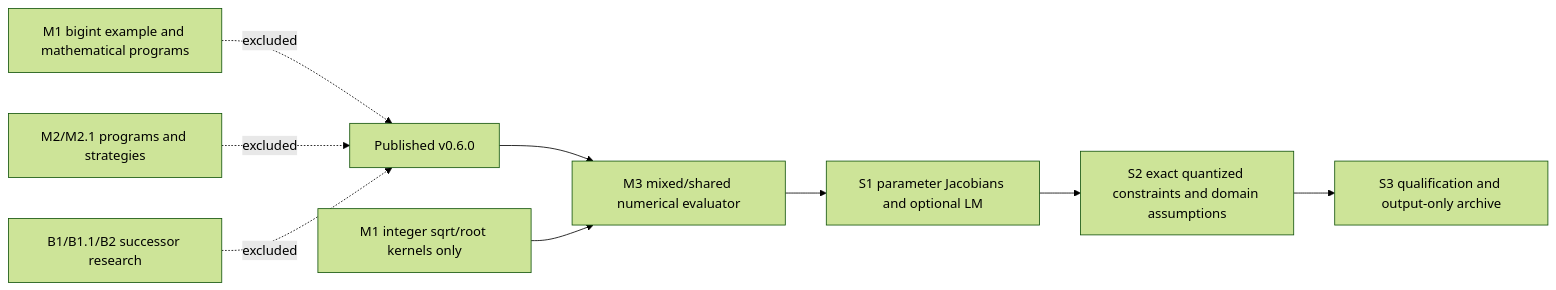
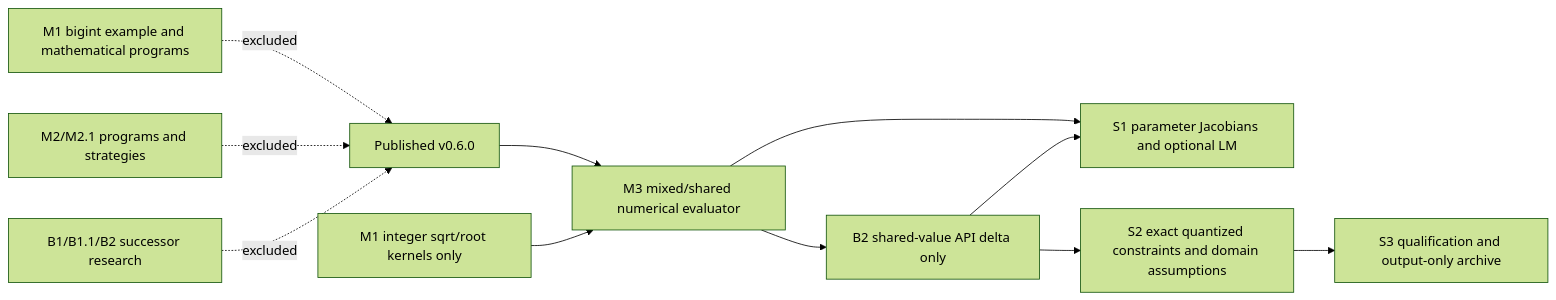
Before and after one commit to karlphillip/Genetik: the diagram in docs/S3_RELEASE_PREPARATION.md, drawn with Mermaid (forest theme). The commit also changed other lines of this file and 5 other files, not shown here.

````diff
--- a/docs/S3_RELEASE_PREPARATION.md
+++ b/docs/S3_RELEASE_PREPARATION.md
@@ -31,11 +33,13 @@
 ```mermaid
 flowchart LR
   P[Published v0.6.0] --> M3[M3 mixed/shared numerical evaluator]
   K[M1 integer sqrt/root kernels only] --> M3
+  M3 --> B2API[B2 shared-value API delta only]
   M3 --> S1[S1 parameter Jacobians and optional LM]
-  S1 --> S2[S2 exact quantized constraints and domain assumptions]
+  B2API --> S1
+  B2API --> S2[S2 exact quantized constraints and domain assumptions]
   S2 --> S3[S3 qualification and output-only archive]
   M1R[M1 bigint example and mathematical programs] -. excluded .-> P
   M2[M2/M2.1 programs and strategies] -. excluded .-> P
   B[B1/B1.1/B2 successor research] -. excluded .-> P
 ```
````
